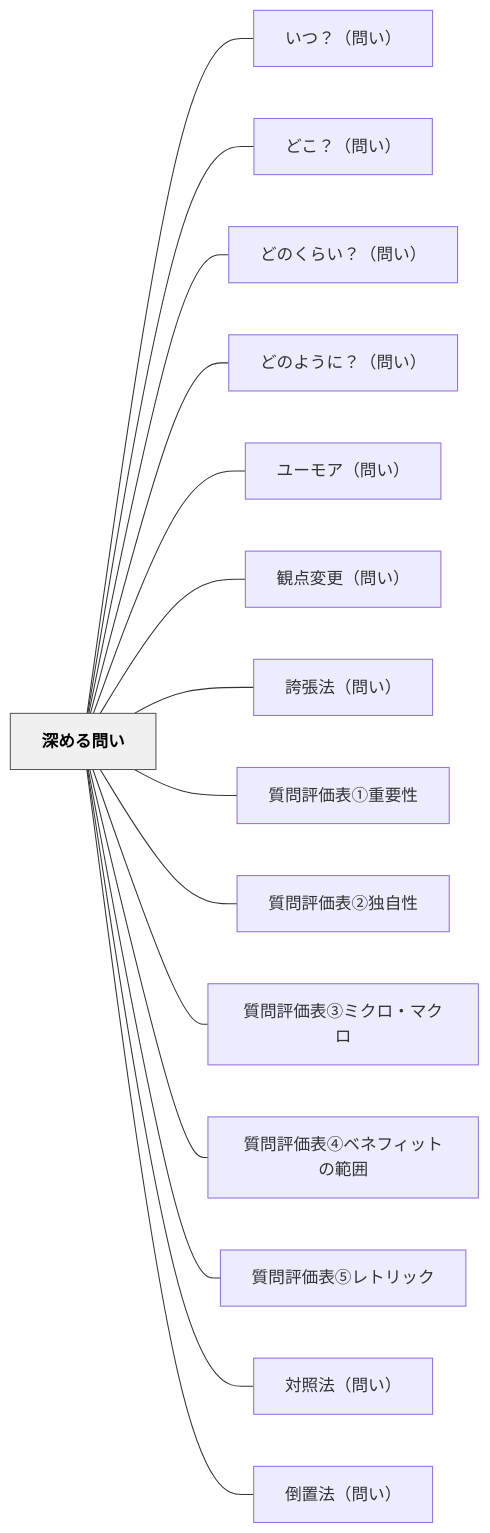
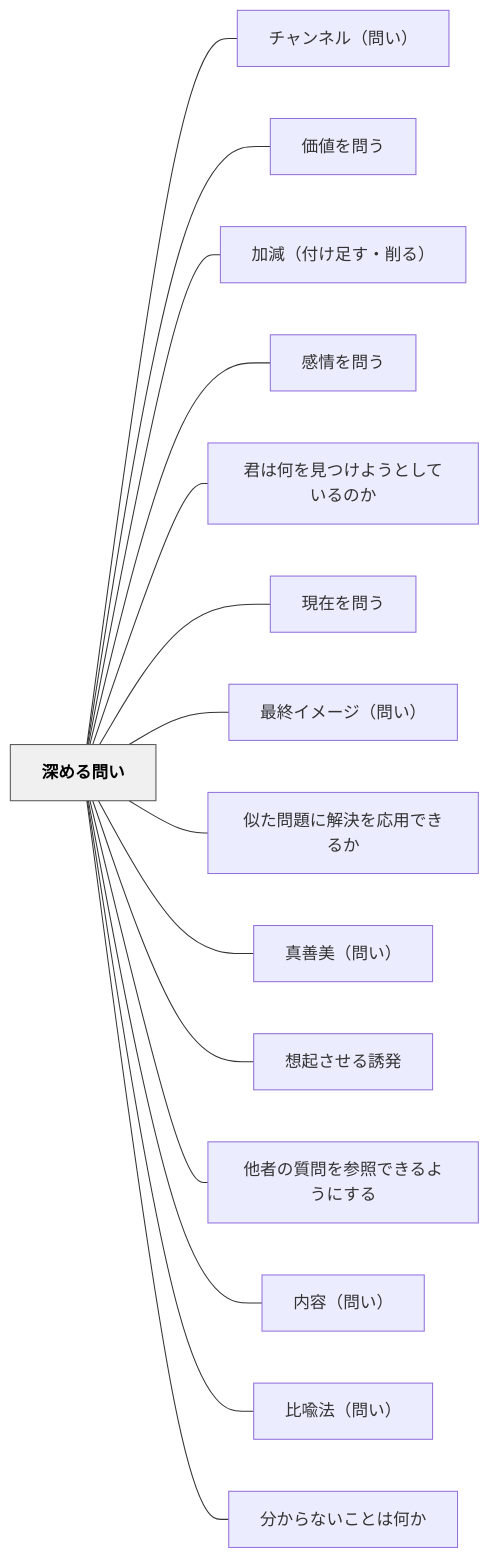
Before and after one commit to unknownthings-ed-patterns/unknownthings-ed-patterns: the diagram in content/パタン/深める問い.md, drawn with Mermaid. The commit also changed other lines of this file and 71 other files, not shown here.

````diff
--- a/content/パタン/深める問い.md
+++ b/content/パタン/深める問い.md
@@ -81,36 +101,36 @@
 ```mermaid
 flowchart LR
     ne6b7b1e38281e3828be5958fe38184["深める問い"]
-    ne38184e381a4efbc9fefbc88e5958fe38184efbc89["いつ？（問い）"]
-    ne381a9e38193efbc9fefbc88e5958fe38184efbc89["どこ？（問い）"]
-    ne381a9e381aee3818fe38289e38184efbc9fefbc88e5958fe38184efbc89["どのくらい？（問い）"]
-    ne381a9e381aee38288e38186e381abefbc9fefbc88e5958fe38184efbc89["どのように？（問い）"]
-    ne383a6e383bce383a2e382a2efbc88e5958fe38184efbc89["ユーモア（問い）"]
-    ne8a6b3e782b9e5a489e69bb4efbc88e5958fe38184efbc89["観点変更（問い）"]
-    ne8aa87e5bcb5e6b395efbc88e5958fe38184efbc89["誇張法（問い）"]
-    ne8b3aae5958fe8a995e4bea1e8a1a8e291a0e9878de8a681e680a7["質問評価表①重要性"]
-    ne8b3aae5958fe8a995e4bea1e8a1a8e291a1e78bace887aae680a7["質問評価表②独自性"]
-    ne8b3aae5958fe8a995e4bea1e8a1a8e291a2e3839fe382afe383ade383bbe3839ee382afe383ad["質問評価表③ミクロ・マクロ"]
-    ne8b3aae5958fe8a995e4bea1e8a1a8e291a3e38399e3838de38395e382a3e38383e38388e381aee7af84e59bb2["質問評価表④ベネフィットの範囲"]
-    ne8b3aae5958fe8a995e4bea1e8a1a8e291a4e383ace38388e383aae38383e382af["質問評価表⑤レトリック"]
-    ne5afbee785a7e6b395efbc88e5958fe38184efbc89["対照法（問い）"]
-    ne58092e7bdaee6b395efbc88e5958fe38184efbc89["倒置法（問い）"]
+    ne38381e383a3e383b3e3838de383abefbc88e5958fe38184efbc89["チャンネル（問い）"]
+    ne4bea1e580a4e38292e5958fe38186["価値を問う"]
+    ne58aa0e6b89befbc88e4bb98e38191e8b6b3e38199e383bbe5898ae3828befbc89["加減（付け足す・削る）"]
+    ne6849fe68385e38292e5958fe38186["感情を問う"]
+    ne5909be381afe4bd95e38292e8a68be381a4e38191e38288e38186e381a8e38197e381a6e38184e3828be381aee3818b["君は何を見つけようとしているのか"]
+    ne78fbee59ca8e38292e5958fe38186["現在を問う"]
+    ne69c80e7b582e382a4e383a1e383bce382b8efbc88e5958fe38184efbc89["最終イメージ（問い）"]
+    ne4bcbce3819fe5958fe9a18ce381abe8a7a3e6b1bae38292e5bf9ce794a8e381a7e3818de3828be3818b["似た問題に解決を応用できるか"]
+    ne79c9fe59684e7be8eefbc88e5958fe38184efbc89["真善美（問い）"]
+    ne683b3e8b5b7e38195e3819be3828be8aa98e799ba["想起させる誘発"]
+    ne4bb96e88085e381aee8b3aae5958fe38292e58f82e785a7e381a7e3818de3828be38288e38186e381abe38199e3828b["他者の質問を参照できるようにする"]
+    ne58685e5aeb9efbc88e5958fe38184efbc89["内容（問い）"]
+    ne6af94e596a9e6b395efbc88e5958fe38184efbc89["比喩法（問い）"]
+    ne58886e3818be38289e381aae38184e38193e381a8e381afe4bd95e3818b["分からないことは何か"]
 
-    ne6b7b1e38281e3828be5958fe38184 --- ne38184e381a4efbc9fefbc88e5958fe38184efbc89
-    ne6b7b1e38281e3828be5958fe38184 --- ne381a9e38193efbc9fefbc88e5958fe38184efbc89
-    ne6b7b1e38281e3828be5958fe38184 --- ne381a9e381aee3818fe38289e38184efbc9fefbc88e5958fe38184efbc89
-    ne6b7b1e38281e3828be5958fe38184 --- ne381a9e381aee38288e38186e381abefbc9fefbc88e5958fe38184efbc89
-    ne6b7b1e38281e3828be5958fe38184 --- ne383a6e383bce383a2e382a2efbc88e5958fe38184efbc89
-    ne6b7b1e38281e3828be5958fe38184 --- ne8a6b3e782b9e5a489e69bb4efbc88e5958fe38184efbc89
-    ne6b7b1e38281e3828be5958fe38184 --- ne8aa87e5bcb5e6b395efbc88e5958fe38184efbc89
-    ne6b7b1e38281e3828be5958fe38184 --- ne8b3aae5958fe8a995e4bea1e8a1a8e291a0e9878de8a681e680a7
-    ne6b7b1e38281e3828be5958fe38184 --- ne8b3aae5958fe8a995e4bea1e8a1a8e291a1e78bace887aae680a7
-    ne6b7b1e38281e3828be5958fe38184 --- ne8b3aae5958fe8a995e4bea1e8a1a8e291a2e3839fe382afe383ade383bbe3839ee382afe383ad
-    ne6b7b1e38281e3828be5958fe38184 --- ne8b3aae5958fe8a995e4bea1e8a1a8e291a3e38399e3838de38395e382a3e38383e38388e381aee7af84e59bb2
-    ne6b7b1e38281e3828be5958fe38184 --- ne8b3aae5958fe8a995e4bea1e8a1a8e291a4e383ace38388e383aae38383e382af
-    ne6b7b1e38281e3828be5958fe38184 --- ne5afbee785a7e6b395efbc88e5958fe38184efbc89
-    ne6b7b1e38281e3828be5958fe38184 --- ne58092e7bdaee6b395efbc88e5958fe38184efbc89
+    ne6b7b1e38281e3828be5958fe38184 --- ne38381e383a3e383b3e3838de383abefbc88e5958fe38184efbc89
+    ne6b7b1e38281e3828be5958fe38184 --- ne4bea1e580a4e38292e5958fe38186
+    ne6b7b1e38281e3828be5958fe38184 --- ne58aa0e6b89befbc88e4bb98e38191e8b6b3e38199e383bbe5898ae3828befbc89
+    ne6b7b1e38281e3828be5958fe38184 --- ne6849fe68385e38292e5958fe38186
+    ne6b7b1e38281e3828be5958fe38184 --- ne5909be381afe4bd95e38292e8a68be381a4e38191e38288e38186e381a8e38197e381a6e38184e3828be381aee3818b
+    ne6b7b1e38281e3828be5958fe38184 --- ne78fbee59ca8e38292e5958fe38186
+    ne6b7b1e38281e3828be5958fe38184 --- ne69c80e7b582e382a4e383a1e383bce382b8efbc88e5958fe38184efbc89
+    ne6b7b1e38281e3828be5958fe38184 --- ne4bcbce3819fe5958fe9a18ce381abe8a7a3e6b1bae38292e5bf9ce794a8e381a7e3818de3828be3818b
+    ne6b7b1e38281e3828be5958fe38184 --- ne79c9fe59684e7be8eefbc88e5958fe38184efbc89
+    ne6b7b1e38281e3828be5958fe38184 --- ne683b3e8b5b7e38195e3819be3828be8aa98e799ba
+    ne6b7b1e38281e3828be5958fe38184 --- ne4bb96e88085e381aee8b3aae5958fe38292e58f82e785a7e381a7e3818de3828be38288e38186e381abe38199e3828b
+    ne6b7b1e38281e3828be5958fe38184 --- ne58685e5aeb9efbc88e5958fe38184efbc89
+    ne6b7b1e38281e3828be5958fe38184 --- ne6af94e596a9e6b395efbc88e5958fe38184efbc89
+    ne6b7b1e38281e3828be5958fe38184 --- ne58886e3818be38289e381aae38184e38193e381a8e381afe4bd95e3818b
 
     classDef hub fill:#f0f0f0,stroke:#555,color:#000,font-weight:bold
     class ne6b7b1e38281e3828be5958fe38184 hub
 ```
````
